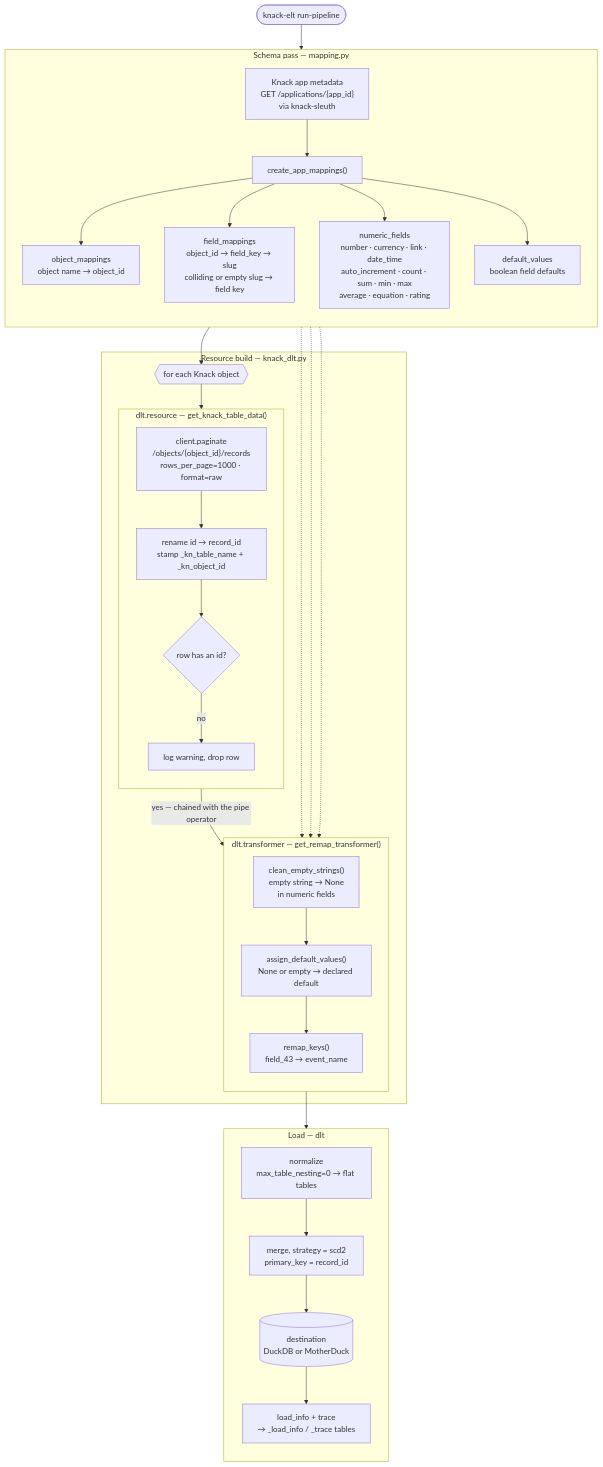
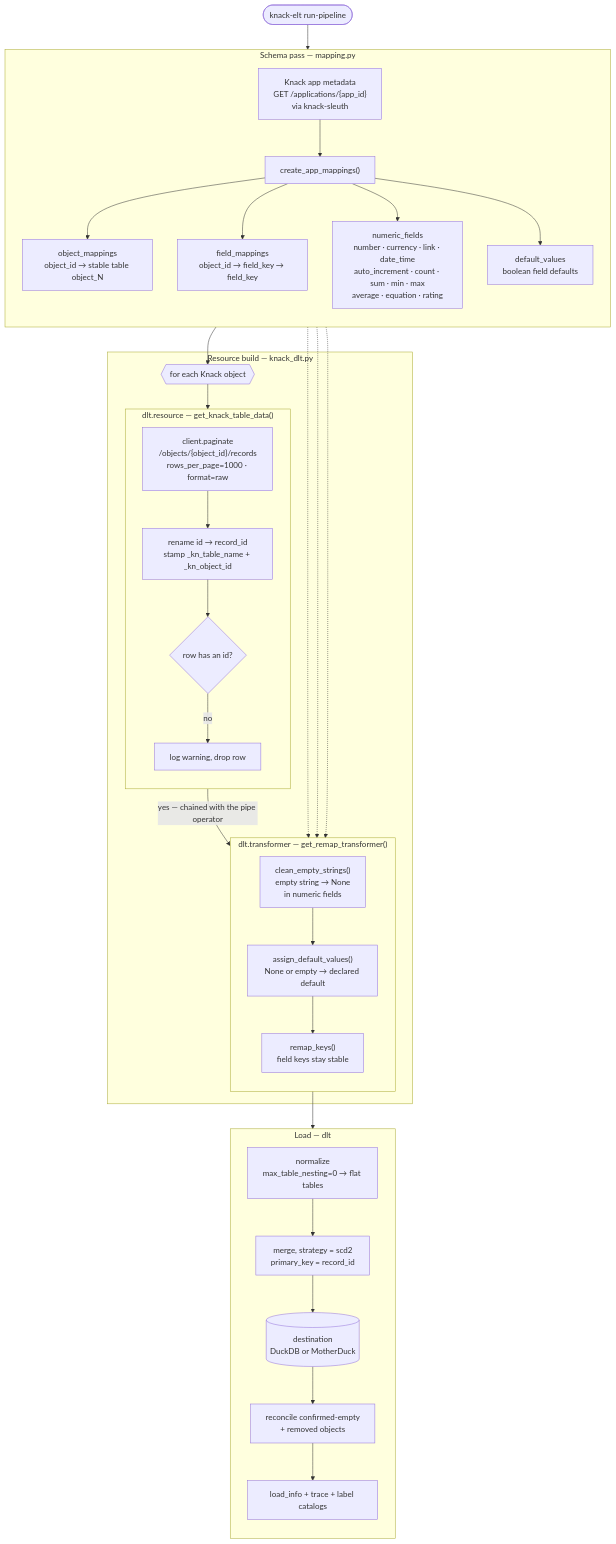
One commit to mcmasty/knack-elt changed the third of 5 diagrams in docs/ARCHITECTURE.md. Above: the diagram before and after it, drawn with Mermaid. The commit also changed other lines of this file and 11 other files, not shown here.

````diff
--- a/docs/ARCHITECTURE.md
+++ b/docs/ARCHITECTURE.md
@@ -169,57 +169,58 @@
 ```mermaid
 flowchart TB
     start(["knack-elt run-pipeline"]) --> meta
 
     subgraph mapping["Schema pass — mapping.py"]
         direction TB
         meta["Knack app metadata<br/>GET /applications/{app_id}<br/>via knack-sleuth"]
         cam["create_app_mappings()"]
         meta --> cam
-        cam --> om["object_mappings<br/>object name → object_id"]
-        cam --> fm["field_mappings<br/>object_id → field_key → slug<br/>colliding or empty slug → field key"]
+        cam --> om["object_mappings<br/>object_id → stable table object_N"]
+        cam --> fm["field_mappings<br/>object_id → field_key → field_key"]
         cam --> nf["numeric_fields<br/>number · currency · link · date_time<br/>auto_increment · count · sum · min · max<br/>average · equation · rating"]
         cam --> dv["default_values<br/>boolean field defaults"]
     end
 
     om --> loop
 
     subgraph build["Resource build — knack_dlt.py"]
         loop{{"for each Knack object"}}
 
         subgraph resource["dlt.resource — get_knack_table_data()"]
             direction TB
             pg["client.paginate<br/>/objects/{object_id}/records<br/>rows_per_page=1000 · format=raw"]
             stamp["rename id → record_id<br/>stamp _kn_table_name + _kn_object_id"]
             pk{"row has an id?"}
             skip["log warning, drop row"]
             pg --> stamp --> pk
             pk -->|no| skip
         end
 
         subgraph transformer["dlt.transformer — get_remap_transformer()"]
             direction TB
             ces["clean_empty_strings()<br/>empty string → None<br/>in numeric fields"]
             adv["assign_default_values()<br/>None or empty → declared default"]
-            rk["remap_keys()<br/>field_43 → event_name"]
+            rk["remap_keys()<br/>field keys stay stable"]
             ces --> adv --> rk
         end
 
         loop --> pg
         pk -->|"yes — chained with the pipe operator"| ces
     end
 
     nf -.-> ces
     dv -.-> adv
     fm -.-> rk
 
     rk --> norm
 
     subgraph load["Load — dlt"]
         direction TB
         norm["normalize<br/>max_table_nesting=0 → flat tables"]
         merge["merge, strategy = scd2<br/>primary_key = record_id"]
         dest[("destination<br/>DuckDB or MotherDuck")]
-        info["load_info + trace<br/>→ _load_info / _trace tables"]
-        norm --> merge --> dest --> info
+        rec["reconcile confirmed-empty<br/>+ removed objects"]
+        info["load_info + trace + label catalogs"]
+        norm --> merge --> dest --> rec --> info
     end
 ```
````
